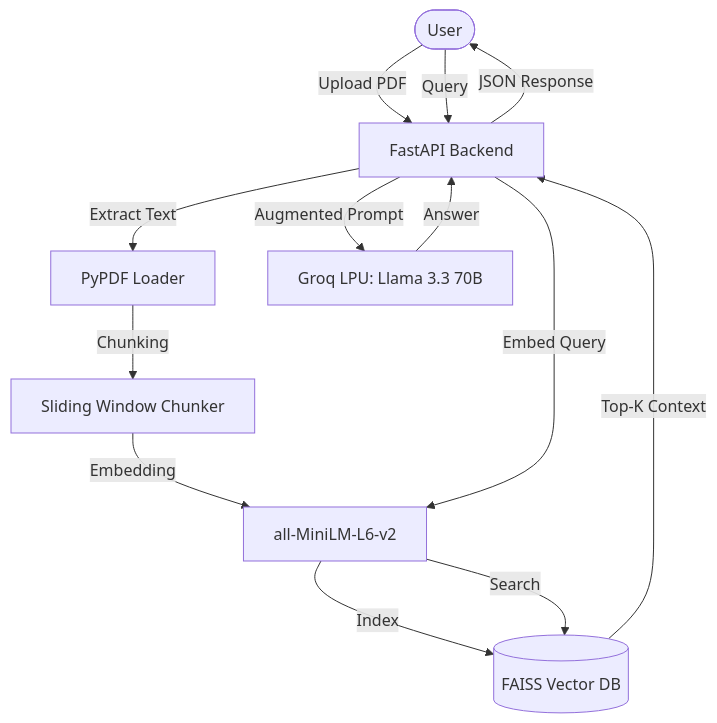
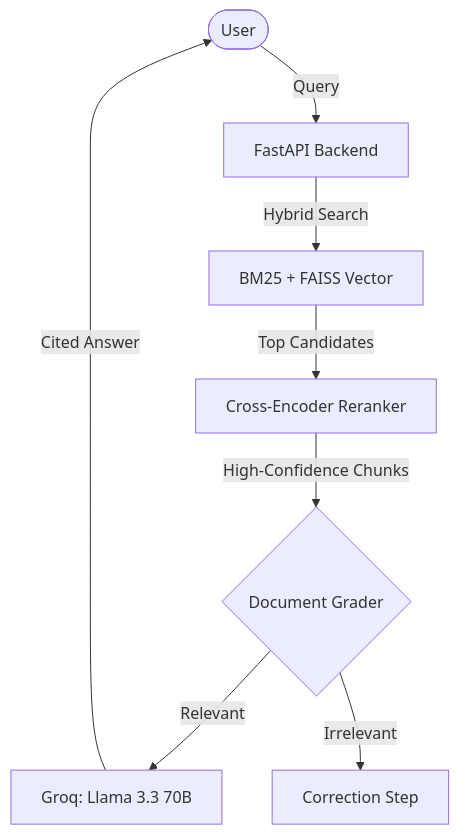
The diagram in README.md (omd02/RagDoc), drawn with Mermaid before and after one commit. The commit also changed other lines of this file and 5 other files, not shown here.

````diff
--- a/README.md
+++ b/README.md
@@ -16,16 +34,10 @@
 ```mermaid
 graph TD
-    User([User]) -->|Upload PDF| API[FastAPI Backend]
-    API -->|Extract Text| PDF[PyPDF Loader]
-    PDF -->|Chunking| Chunker[Sliding Window Chunker]
-    Chunker -->|Embedding| Embed[all-MiniLM-L6-v2]
-    Embed -->|Index| FAISS[(FAISS Vector DB)]
-    
-    User -->|Query| API
-    API -->|Embed Query| Embed
-    Embed -->|Search| FAISS
-    FAISS -->|Top-K Context| API
-    API -->|Augmented Prompt| Groq[Groq LPU: Llama 3.3 70B]
-    Groq -->|Answer| API
-    API -->|JSON Response| User
+    User([User]) -->|Query| API[FastAPI Backend]
+    API -->|Hybrid Search| SearchEngine[BM25 + FAISS Vector]
+    SearchEngine -->|Top Candidates| Reranker[Cross-Encoder Reranker]
+    Reranker -->|High-Confidence Chunks| Grader{Document Grader}
+    Grader -->|Relevant| Generator[Groq: Llama 3.3 70B]
+    Grader -->|Irrelevant| Fallback[Correction Step]
+    Generator -->|Cited Answer| User
 ```
````
